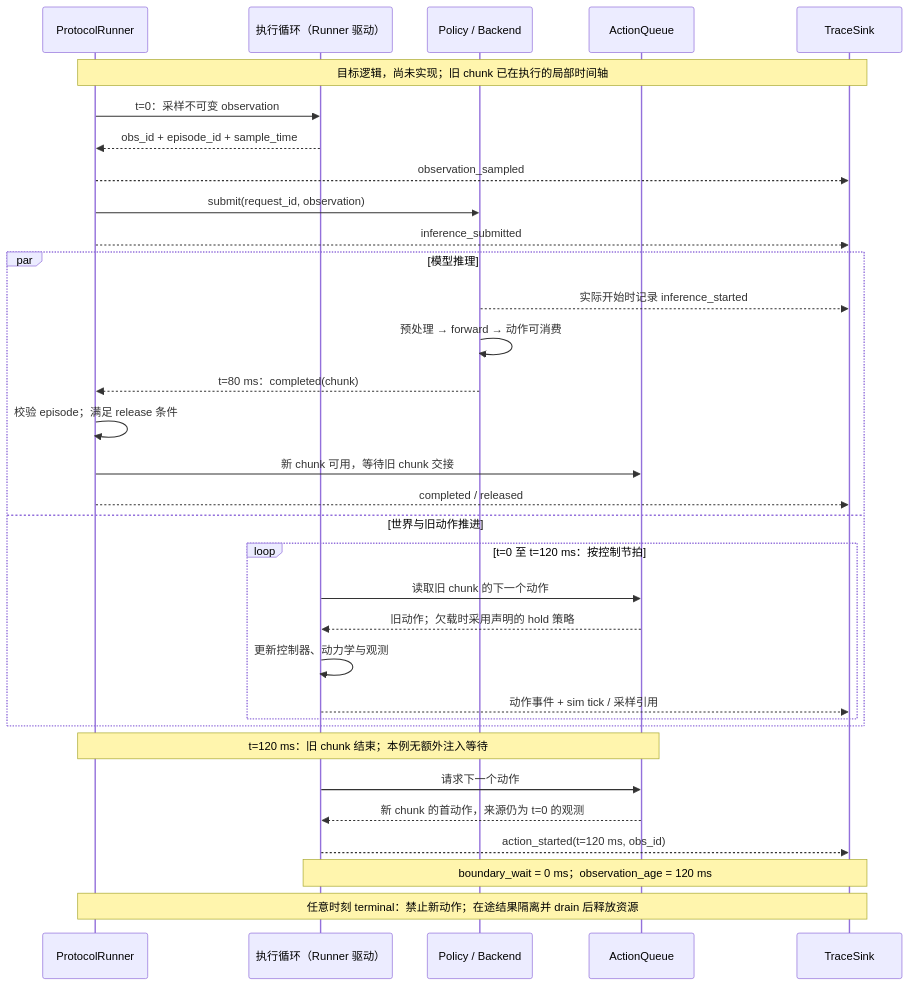
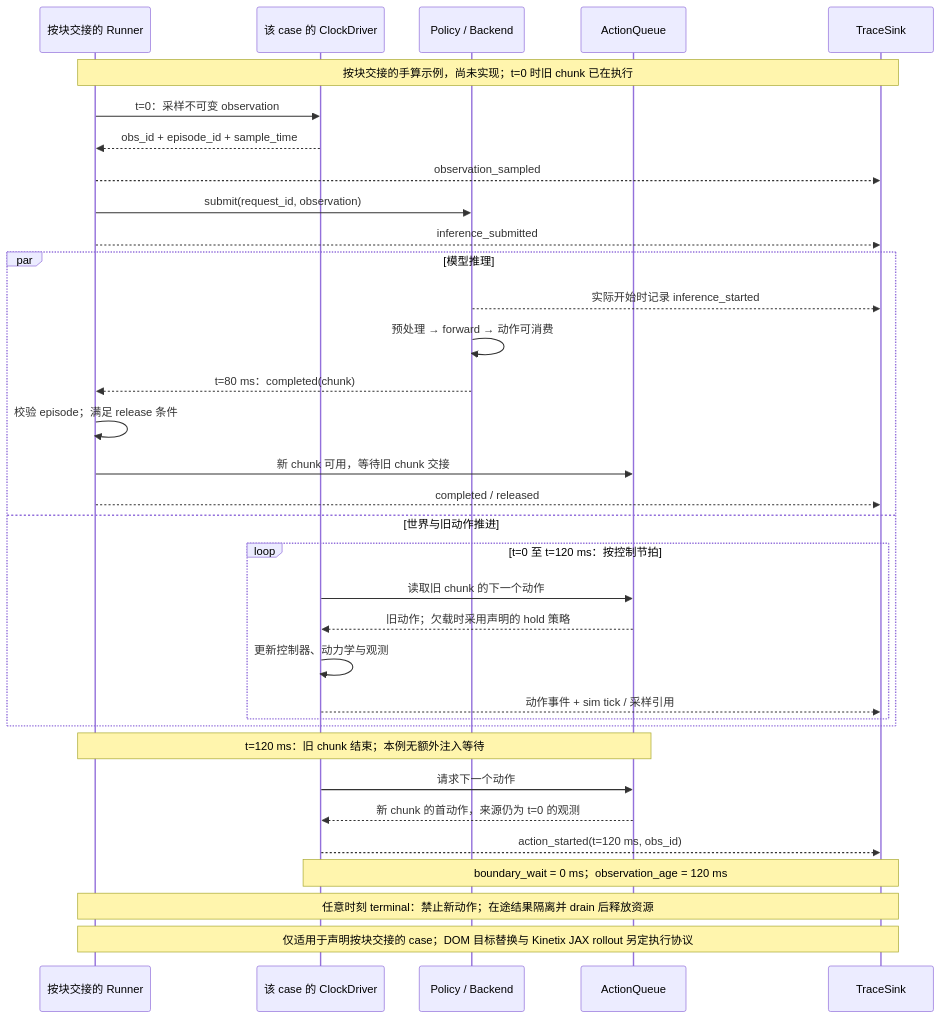
One commit to Ther-nullptr/robotics-the-speedup-paradox changed the diagram in docs/diagrams/02-async-loop.mmd. Above: the diagram before and after it, drawn with Mermaid. The commit also changed 19 other files, not shown here.

```diff
--- a/docs/diagrams/02-async-loop.mmd
+++ b/docs/diagrams/02-async-loop.mmd
@@ -1,38 +1,39 @@
 sequenceDiagram
-    accTitle: Planned Asynchronous Control Loop
-    accDescr: Illustrative logical concurrency on one simulation timeline. An observation is sampled at zero, inference completes at 80 ms, and the next chunk starts after the old chunk ends at 120 ms. Boundary wait is zero while observation age is 120 ms. This is a planned protocol, not a measurement.
-    participant runner as ProtocolRunner
-    participant world as 执行循环（Runner 驱动）
+    accTitle: Planned Chunk-Handover Asynchronous Example
+    accDescr: This planned example applies only to cases that finish the current action chunk before handover. An observation is sampled at zero, inference completes at 80 ms, and the next chunk starts at 120 ms. Boundary wait is zero while observation age is 120 ms. DOM target replacement and native Kinetix JAX rollouts have their own execution protocols.
+    participant runner as 按块交接的 Runner
+    participant world as 该 case 的 ClockDriver
     participant model as Policy / Backend
     participant queue as ActionQueue
     participant trace as TraceSink
 
-    Note over runner,trace: 目标逻辑，尚未实现；旧 chunk 已在执行的局部时间轴
+    Note over runner,trace: 按块交接的手算示例，尚未实现；t=0 时旧 chunk 已在执行
     runner->>world: t=0：采样不可变 observation
     world-->>runner: obs_id + episode_id + sample_time
     runner-->>trace: observation_sampled
     runner->>model: submit(request_id, observation)
     runner-->>trace: inference_submitted
 
     par 模型推理
         model-->>trace: 实际开始时记录 inference_started
         model->>model: 预处理 → forward → 动作可消费
         model-->>runner: t=80 ms：completed(chunk)
         runner->>runner: 校验 episode；满足 release 条件
         runner->>queue: 新 chunk 可用，等待旧 chunk 交接
         runner-->>trace: completed / released
     and 世界与旧动作推进
         loop t=0 至 t=120 ms：按控制节拍
             world->>queue: 读取旧 chunk 的下一个动作
             queue-->>world: 旧动作；欠载时采用声明的 hold 策略
             world->>world: 更新控制器、动力学与观测
             world-->>trace: 动作事件 + sim tick / 采样引用
         end
     end
 
     Note over runner,queue: t=120 ms：旧 chunk 结束；本例无额外注入等待
     world->>queue: 请求下一个动作
     queue-->>world: 新 chunk 的首动作，来源仍为 t=0 的观测
     world-->>trace: action_started(t=120 ms, obs_id)
     Note over world,trace: boundary_wait = 0 ms；observation_age = 120 ms
     Note over runner,trace: 任意时刻 terminal：禁止新动作；在途结果隔离并 drain 后释放资源
+    Note over runner,trace: 仅适用于声明按块交接的 case；DOM 目标替换与 Kinetix JAX rollout 另定执行协议
```
